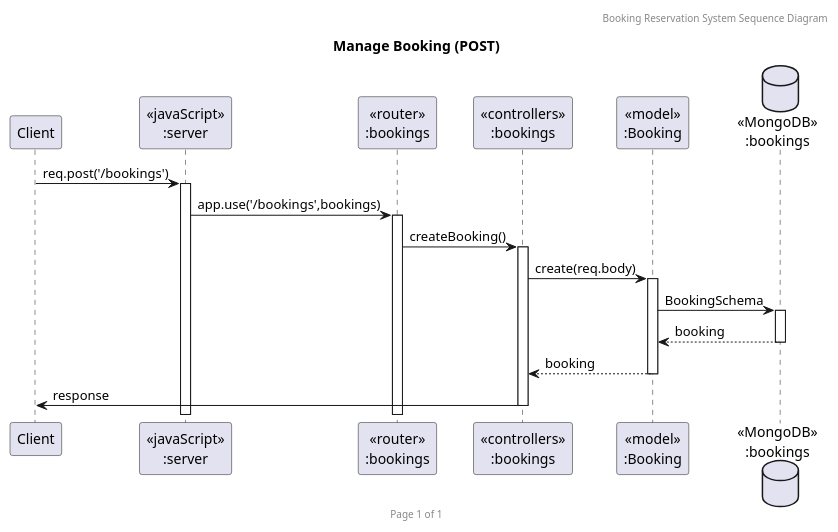
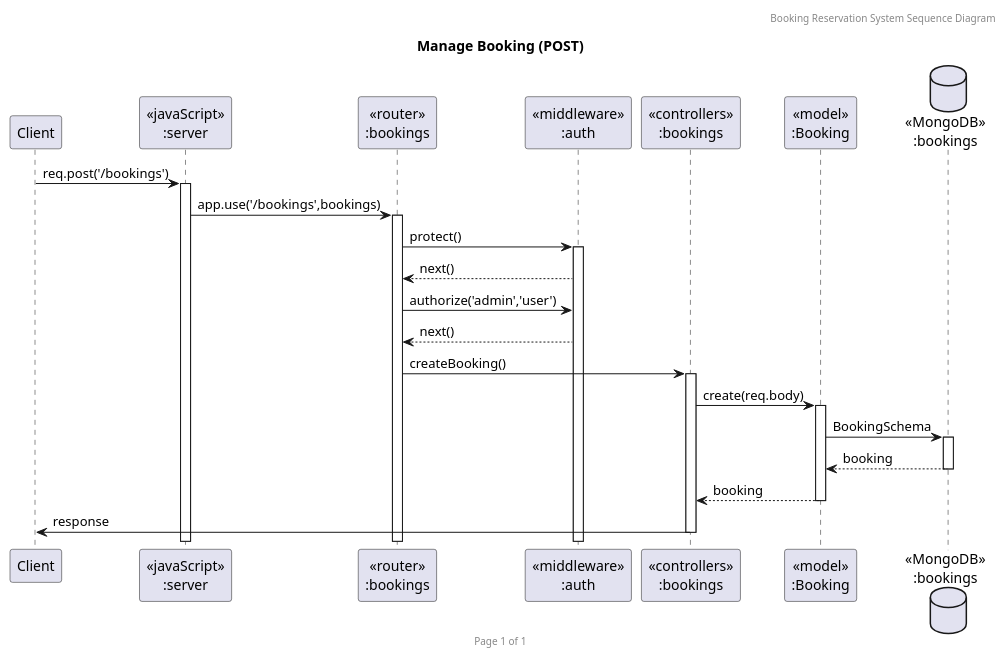
One commit to 2110503TACEDT66/presentation-day-1-chue-rai-dee changed the diagram in UML/SequenceDiagram/Booking/post.puml. Above: the diagram before and after it, drawn with PlantUML. The commit also changed 25 other files, not shown here.

Commit message:
added protect and authorize to sequence diagrams

```diff
--- a/UML/SequenceDiagram/Booking/post.puml
+++ b/UML/SequenceDiagram/Booking/post.puml
@@ -1,23 +1,28 @@
 @startuml Manage Booking (POST)
 
 header Booking Reservation System Sequence Diagram
 footer Page %page% of %lastpage%
 title "Manage Booking (POST)"
 
 participant "Client" as client
 participant "<<javaScript>>\n:server" as server
 participant "<<router>>\n:bookings" as routerBookings
+participant "<<middleware>>\n:auth" as middlewareAuth
 participant "<<controllers>>\n:bookings" as controllersBookings
 participant "<<model>>\n:Booking" as modelBooking
 database "<<MongoDB>>\n:bookings" as BookingsDatabase
 
 client->server ++:req.post('/bookings')
 server->routerBookings ++:app.use('/bookings',bookings)
+routerBookings->middlewareAuth ++:protect()
+middlewareAuth-->routerBookings :next()
+routerBookings->middlewareAuth :authorize('admin','user')
+middlewareAuth-->routerBookings :next()
 routerBookings -> controllersBookings ++:createBooking()
 controllersBookings->modelBooking ++:create(req.body)
 modelBooking ->BookingsDatabase ++: BookingSchema
 BookingsDatabase --> modelBooking --: booking
 controllersBookings <-- modelBooking --:booking
 controllersBookings->client --:response
 
 @enduml
```
